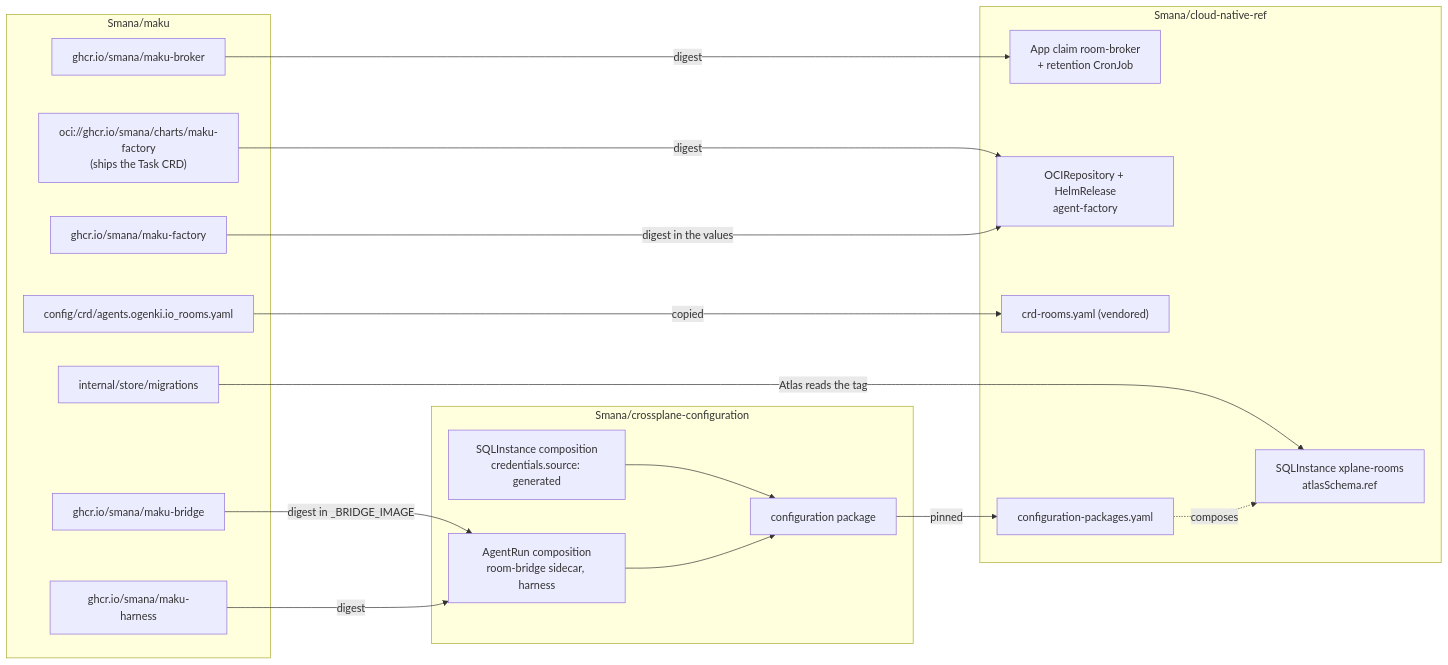
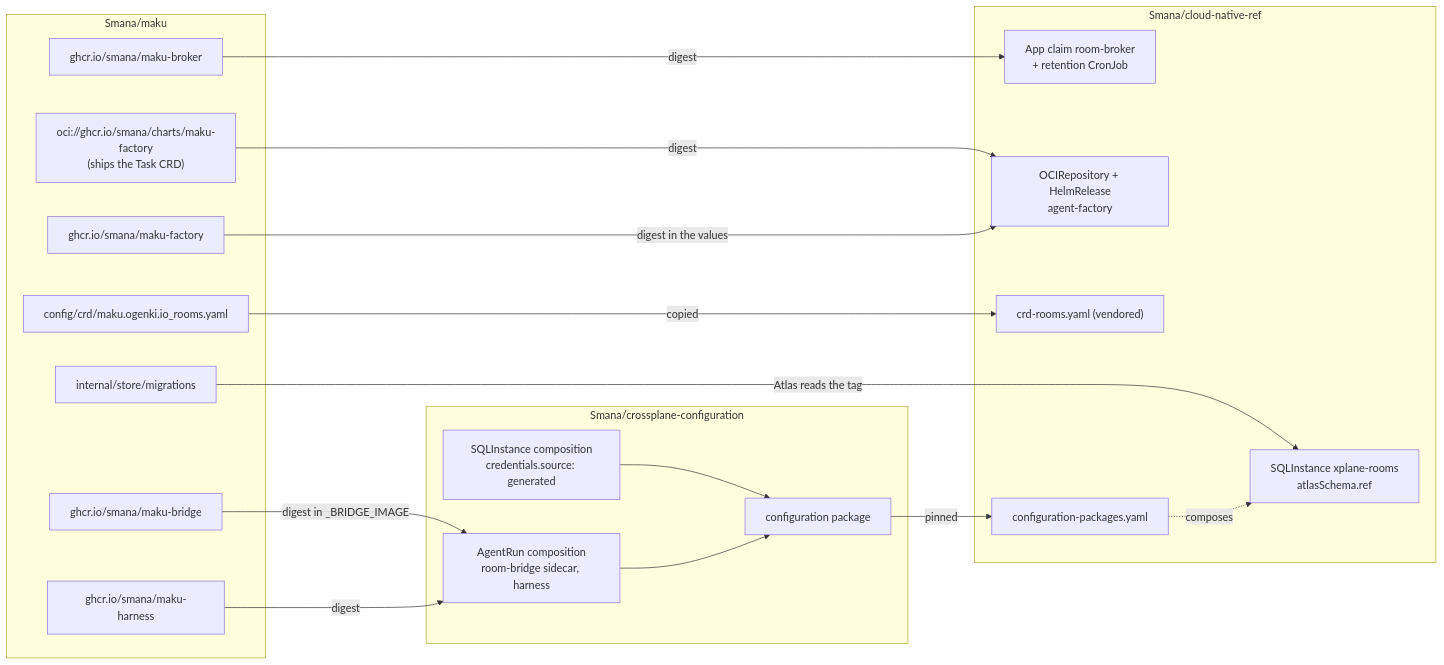
One commit to Smana/agent-platform changed the first of 2 diagrams in docs/integration.md. Above: the diagram before and after it, drawn with Mermaid. The commit also changed 12 other files, not shown here.

````diff
--- a/docs/integration.md
+++ b/docs/integration.md
@@ -10,35 +10,35 @@
 ```mermaid
 flowchart LR
   subgraph ap["Smana/maku"]
     bimg["ghcr.io/smana/maku-broker"]
     brimg["ghcr.io/smana/maku-bridge"]
     fimg["ghcr.io/smana/maku-factory"]
     himg["ghcr.io/smana/maku-harness"]
     chart["oci://ghcr.io/smana/charts/maku-factory<br/>(ships the Task CRD)"]
-    crd["config/crd/agents.ogenki.io_rooms.yaml"]
+    crd["config/crd/maku.ogenki.io_rooms.yaml"]
     mig["internal/store/migrations"]
   end
   subgraph cc["Smana/crossplane-configuration"]
     sql["SQLInstance composition<br/>credentials.source: generated"]
     ar["AgentRun composition<br/>room-bridge sidecar, harness"]
     pkg["configuration package"]
   end
   subgraph cnr["Smana/cloud-native-ref"]
     app["App claim room-broker<br/>+ retention CronJob"]
     fac["OCIRepository + HelmRelease<br/>agent-factory"]
     vend["crd-rooms.yaml (vendored)"]
     claim["SQLInstance xplane-rooms<br/>atlasSchema.ref"]
     pin["configuration-packages.yaml"]
   end
   bimg -->|digest| app
   chart -->|digest| fac
   fimg -->|"digest in the values"| fac
   brimg -->|"digest in _BRIDGE_IMAGE"| ar
   himg -->|digest| ar
   crd -->|copied| vend
   mig -->|"Atlas reads the tag"| claim
   sql --> pkg
   ar --> pkg
   pkg -->|pinned| pin
   pin -.->|composes| claim
 ```
````
